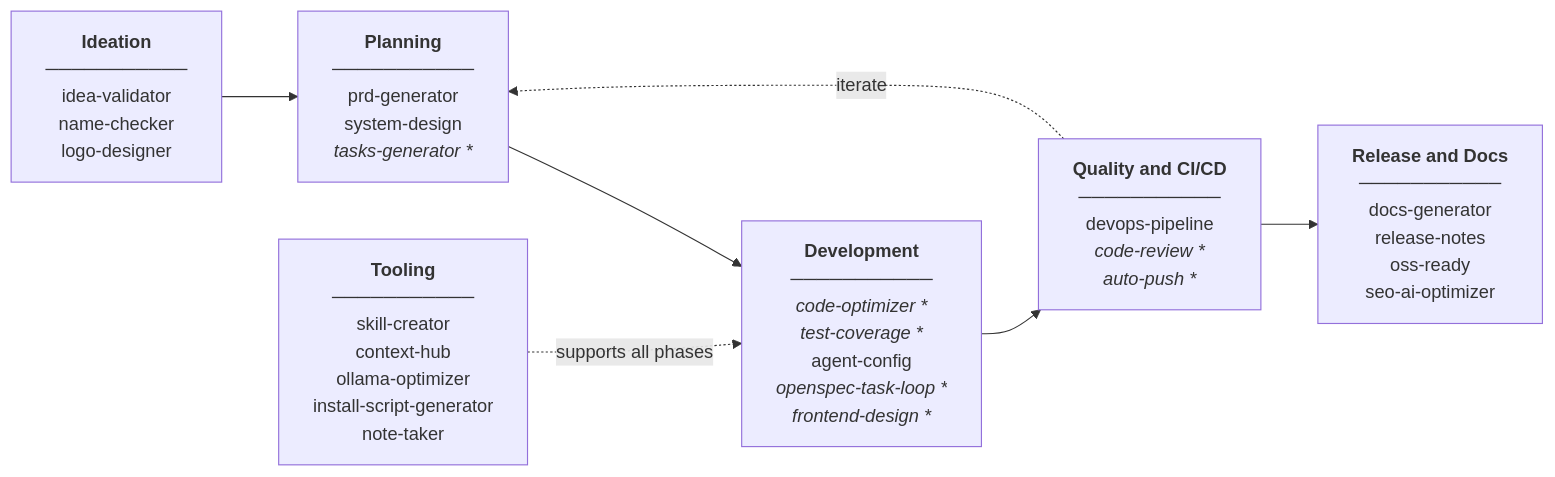
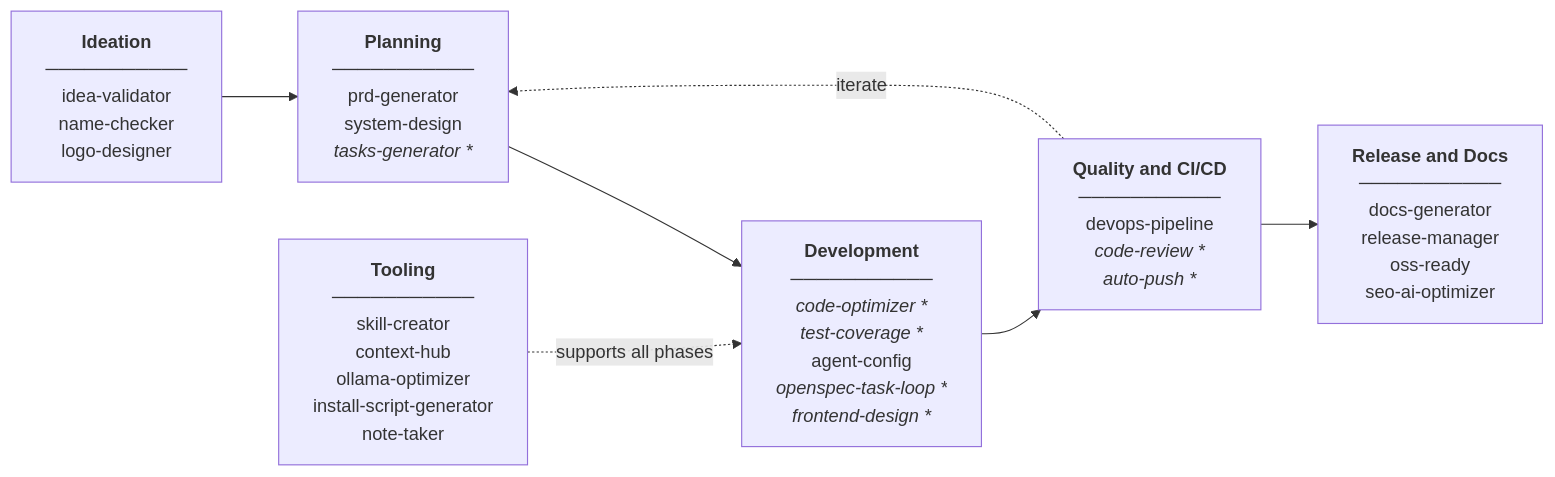
One commit to luongnv89/skills changed the diagram in README.md. Above: the diagram before and after it, drawn with Mermaid. The commit also changed other lines of this file and 4 other files, not shown here.

First line of the commit message:
feat(skill): rename release-notes to release-manager with full release automation

````diff
--- a/README.md
+++ b/README.md
@@ -37,16 +37,16 @@
 ```mermaid
 flowchart LR
     IDEATION["<b>Ideation</b><br/>───────────<br/>idea-validator<br/>name-checker<br/>logo-designer"]
     PLANNING["<b>Planning</b><br/>───────────<br/>prd-generator<br/>system-design<br/><i>tasks-generator *</i>"]
     DEVELOPMENT["<b>Development</b><br/>───────────<br/><i>code-optimizer *</i><br/><i>test-coverage *</i><br/>agent-config<br/><i>openspec-task-loop *</i><br/><i>frontend-design *</i>"]
     QUALITY["<b>Quality and CI/CD</b><br/>───────────<br/>devops-pipeline<br/><i>code-review *</i><br/><i>auto-push *</i>"]
-    RELEASE["<b>Release and Docs</b><br/>───────────<br/>docs-generator<br/>release-notes<br/>oss-ready<br/>seo-ai-optimizer"]
+    RELEASE["<b>Release and Docs</b><br/>───────────<br/>docs-generator<br/>release-manager<br/>oss-ready<br/>seo-ai-optimizer"]
     TOOLING["<b>Tooling</b><br/>───────────<br/>skill-creator<br/>context-hub<br/>ollama-optimizer<br/>install-script-generator<br/>note-taker"]
 
     IDEATION --> PLANNING
     PLANNING --> DEVELOPMENT
     DEVELOPMENT --> QUALITY
     QUALITY --> RELEASE
     QUALITY -.->|iterate| PLANNING
     TOOLING -.->|supports all phases| DEVELOPMENT
 ```
````
